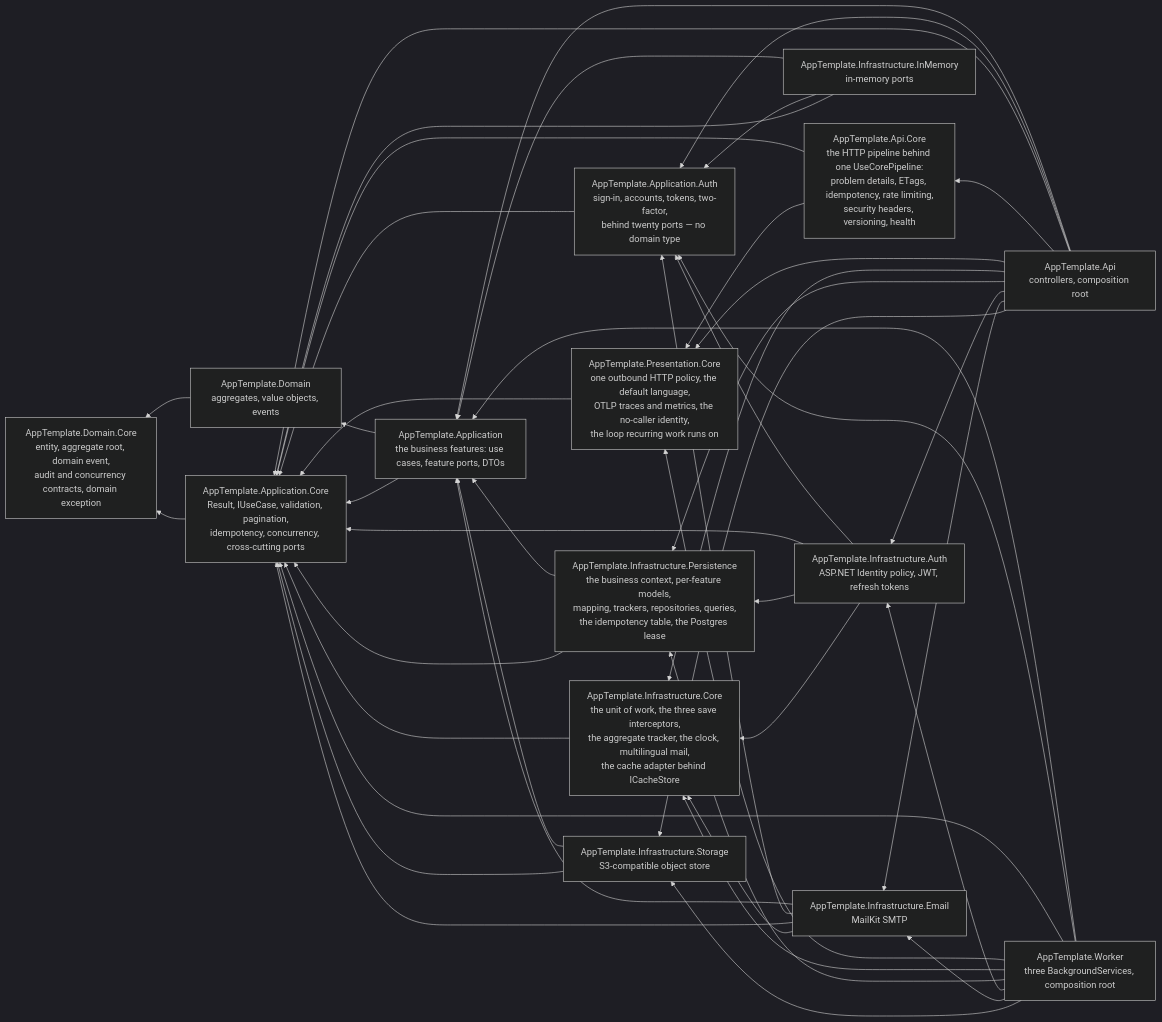
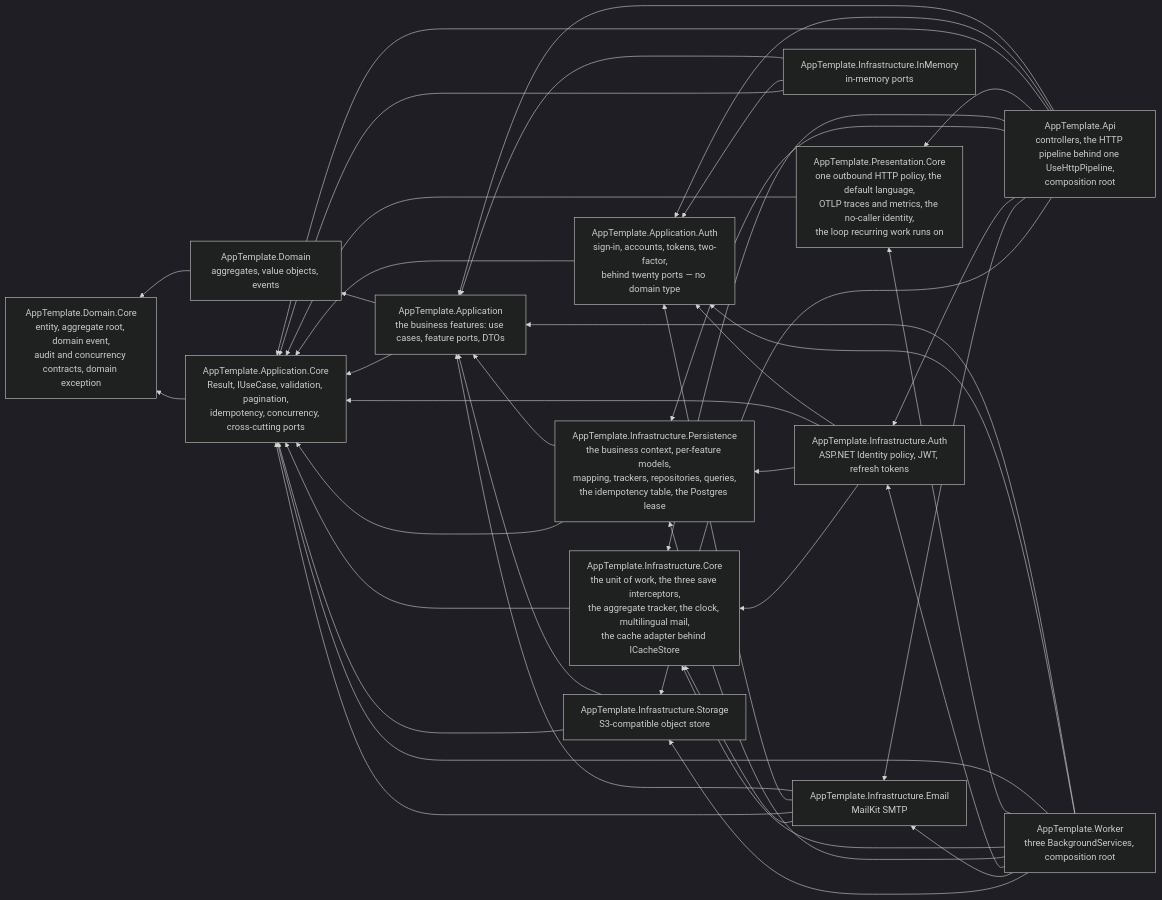
One commit to Pierre-MarieMarchio/Template-DotNet_Clean_Architecture changed the diagram in docs/ARCHITECTURE.md. Above: the diagram before and after it, drawn with Mermaid (dark theme). The commit also changed other lines of this file and 192 other files, not shown here.

````diff
--- a/docs/ARCHITECTURE.md
+++ b/docs/ARCHITECTURE.md
@@ -52,62 +51,58 @@
 ```mermaid
 graph RL
-    Api[AppTemplate.Api<br/>controllers, composition root]
+    Api[AppTemplate.Api<br/>controllers, the HTTP pipeline behind one UseHttpPipeline,<br/>composition root]
     Worker[AppTemplate.Worker<br/>three BackgroundServices, composition root]
-    ApiCore[AppTemplate.Api.Core<br/>the HTTP pipeline behind one UseCorePipeline:<br/>problem details, ETags, idempotency, rate limiting,<br/>security headers, versioning, health]
     PresCore[AppTemplate.Presentation.Core<br/>one outbound HTTP policy, the default language,<br/>OTLP traces and metrics, the no-caller identity,<br/>the loop recurring work runs on]
     Ident[AppTemplate.Infrastructure.Auth<br/>ASP.NET Identity policy, JWT, refresh tokens]
     Mail[AppTemplate.Infrastructure.Email<br/>MailKit SMTP]
     Store[AppTemplate.Infrastructure.Storage<br/>S3-compatible object store]
     Mem[AppTemplate.Infrastructure.InMemory<br/>in-memory ports]
     Pers[AppTemplate.Infrastructure.Persistence<br/>the business context, per-feature models,<br/>mapping, trackers, repositories, queries,<br/>the idempotency table, the Postgres lease]
     InfraCore[AppTemplate.Infrastructure.Core<br/>the unit of work, the three save interceptors,<br/>the aggregate tracker, the clock, multilingual mail,<br/>the cache adapter behind ICacheStore]
     App[AppTemplate.Application<br/>the business features: use cases, feature ports, DTOs]
     Auth[AppTemplate.Application.Auth<br/>sign-in, accounts, tokens, two-factor,<br/>behind twenty ports — no domain type]
     AppCore[AppTemplate.Application.Core<br/>Result, IUseCase, validation, pagination,<br/>idempotency, concurrency, cross-cutting ports]
     Dom[AppTemplate.Domain<br/>aggregates, value objects, events]
     DomCore[AppTemplate.Domain.Core<br/>entity, aggregate root, domain event,<br/>audit and concurrency contracts, domain exception]
 
     Dom --> DomCore
     AppCore --> DomCore
     App --> Dom
     App --> AppCore
     Auth --> AppCore
     PresCore --> AppCore
-    ApiCore --> AppCore
-    ApiCore --> PresCore
     InfraCore --> AppCore
     Pers --> App
     Pers --> AppCore
     Ident --> Auth
     Ident --> AppCore
     Ident --> Pers
     Ident --> InfraCore
     Mail --> App
     Mail --> Auth
     Mail --> AppCore
     Mail --> InfraCore
     Store --> App
     Store --> AppCore
     Mem --> App
     Mem --> Auth
     Mem --> AppCore
     Api --> App
     Api --> Auth
     Api --> AppCore
-    Api --> ApiCore
     Api --> PresCore
     Api --> InfraCore
     Api --> Pers
     Api --> Ident
     Api --> Mail
     Api --> Store
     Worker --> App
     Worker --> Auth
     Worker --> AppCore
     Worker --> PresCore
     Worker --> InfraCore
     Worker --> Pers
     Worker --> Ident
     Worker --> Mail
     Worker --> Store
 ```
````
